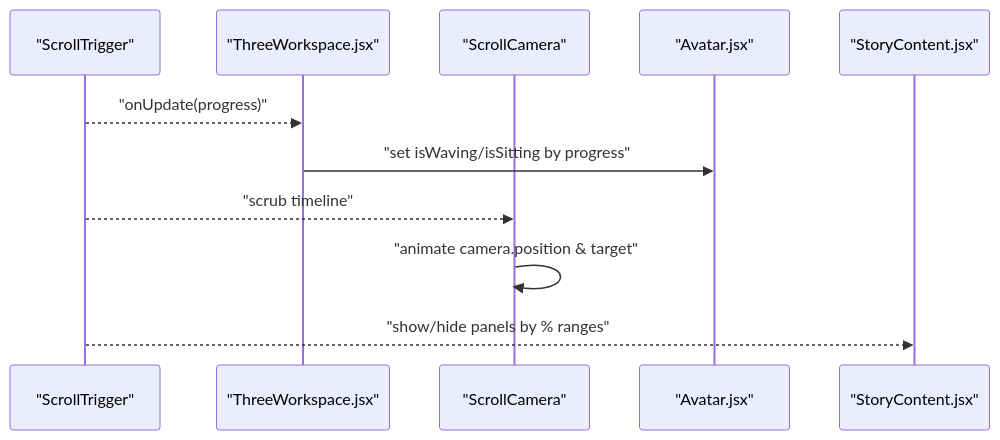
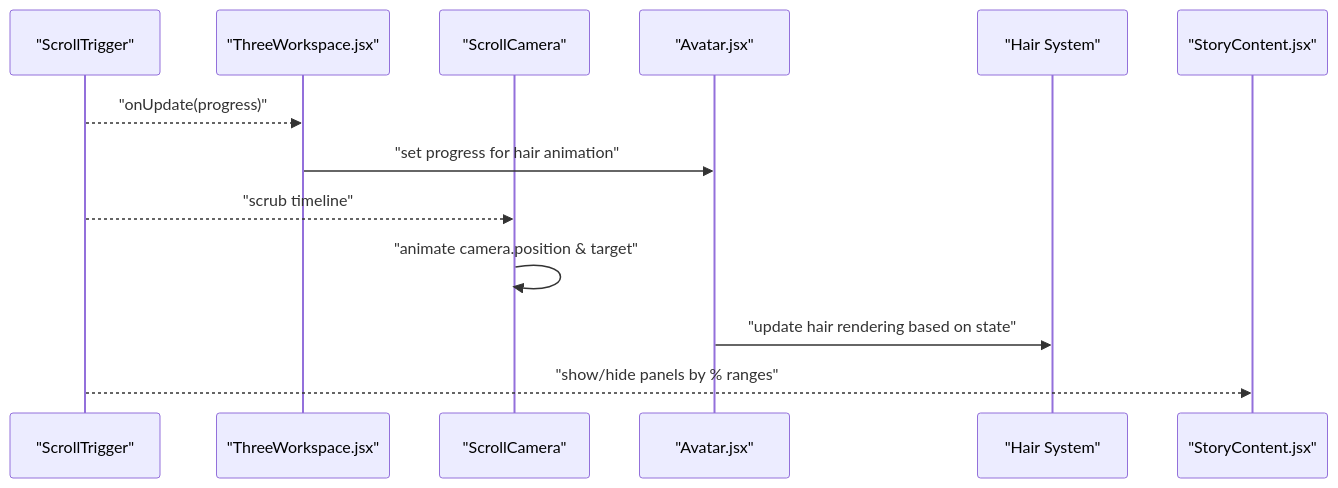
One commit to emaanfatima312005-wq/emaan-portfolio changed the fourth of 5 diagrams in .qoder/repowiki/en/content/3D Scene System/Character System.md. Above: the diagram before and after it, drawn with Mermaid. The commit also changed other lines of this file and 9 other files, not shown here.

````diff
--- a/.qoder/repowiki/en/content/3D Scene System/Character System.md
+++ b/.qoder/repowiki/en/content/3D Scene System/Character System.md
@@ -156,13 +219,15 @@
 ```mermaid
 sequenceDiagram
 participant ST as "ScrollTrigger"
 participant WS as "ThreeWorkspace.jsx"
 participant Cam as "ScrollCamera"
 participant AV as "Avatar.jsx"
+participant Hair as "Hair System"
 participant UI as "StoryContent.jsx"
 ST-->>WS : "onUpdate(progress)"
-WS->>AV : "set isWaving/isSitting by progress"
+WS->>AV : "set progress for hair animation"
 ST-->>Cam : "scrub timeline"
 Cam->>Cam : "animate camera.position & target"
+AV->>Hair : "update hair rendering based on state"
 ST-->>UI : "show/hide panels by % ranges"
 ```
````
